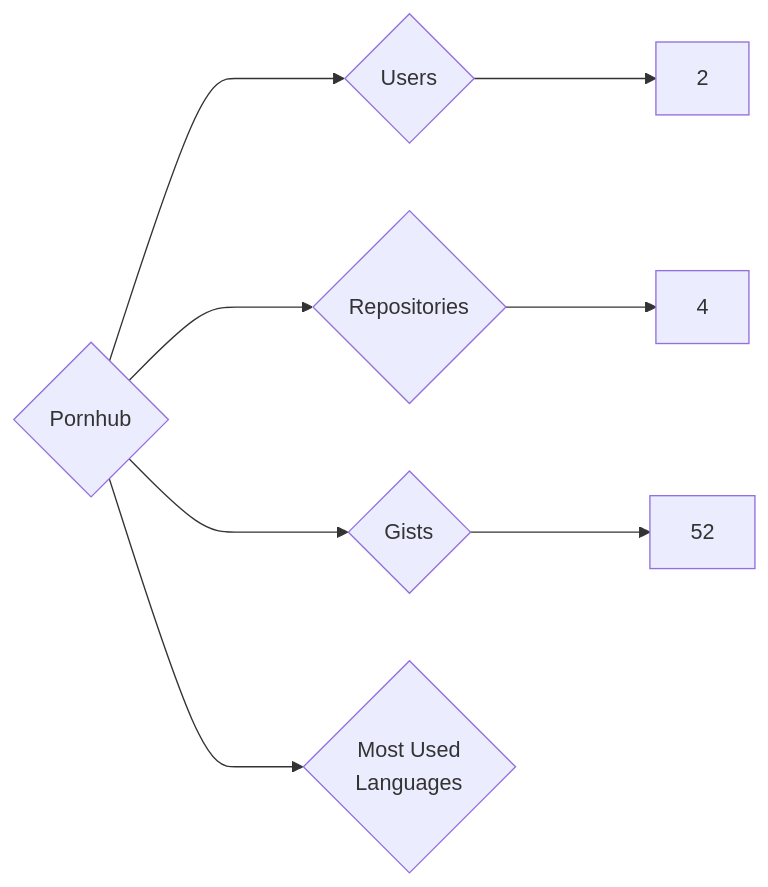
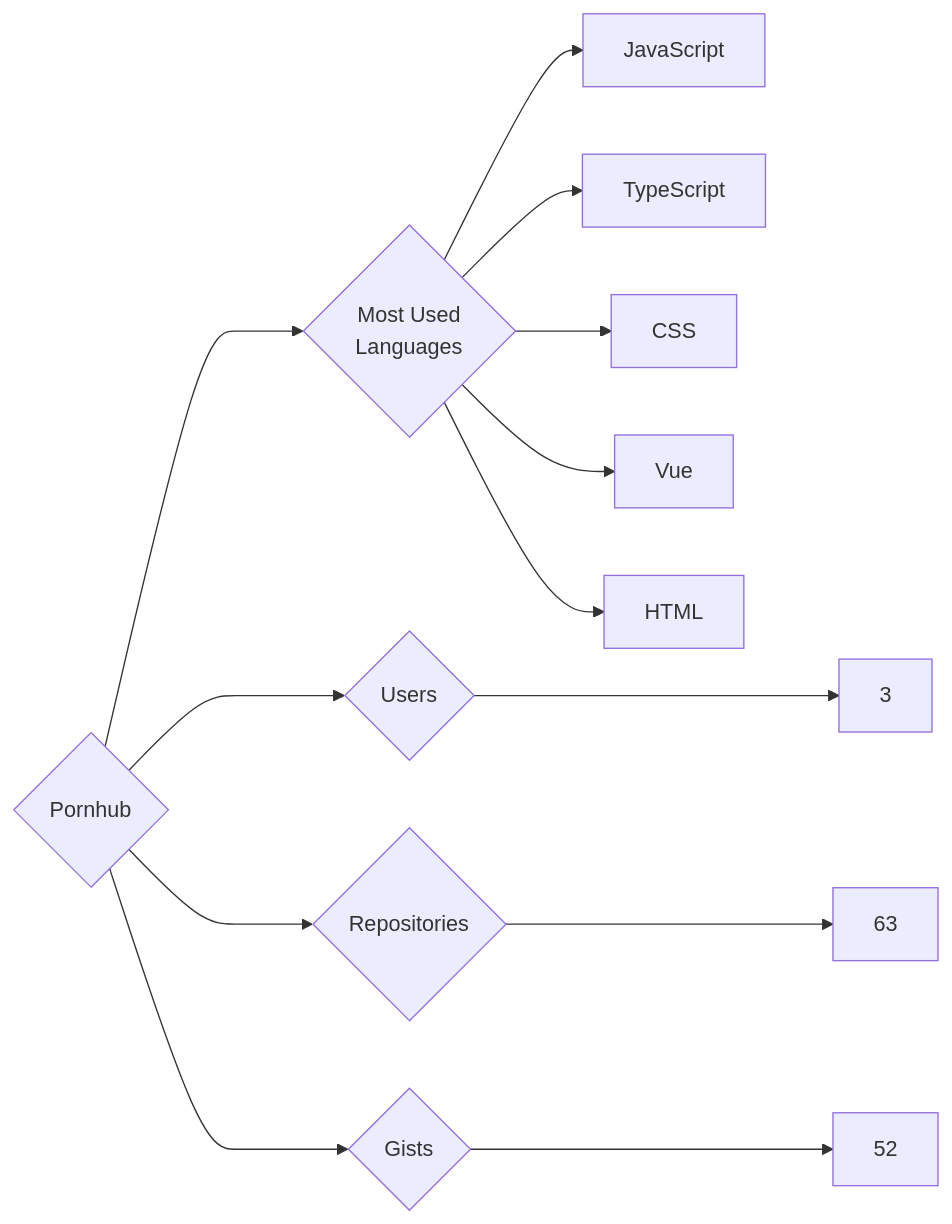
Before and after one commit to trickest/insiders: the diagram in targets/Pornhub/README.md, drawn with Mermaid. The commit also changed 823 other files, not shown here.

````diff
--- a/targets/Pornhub/README.md
+++ b/targets/Pornhub/README.md
@@ -3,8 +3,13 @@
 ```mermaid
 graph LR
 COMPANY_NAME{Pornhub}
-COMPANY_NAME ---> U{Users} ---> UN[2]
-COMPANY_NAME ---> R{Repositories} ---> RN[4]
+COMPANY_NAME ---> U{Users} ---> UN[3]
+COMPANY_NAME ---> R{Repositories} ---> RN[63]
 COMPANY_NAME ---> G{Gists} ---> GN[52]
 COMPANY_NAME ---> ML{Most Used<br>Languages}
+ML --> JavaScript[JavaScript]
+ML --> TypeScript[TypeScript]
+ML --> CSS[CSS]
+ML --> Vue[Vue]
+ML --> HTML[HTML]
 ```
````
